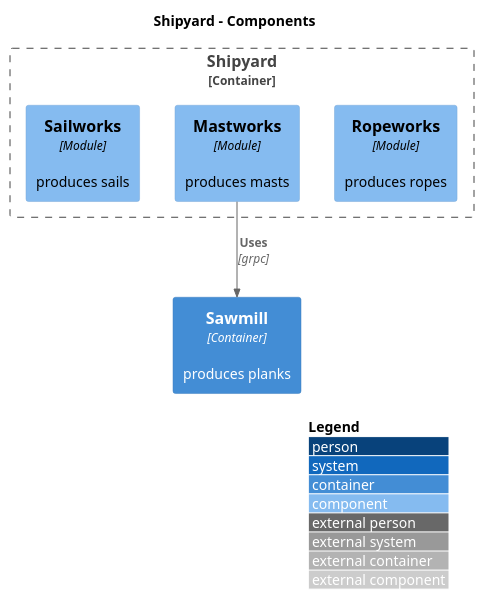
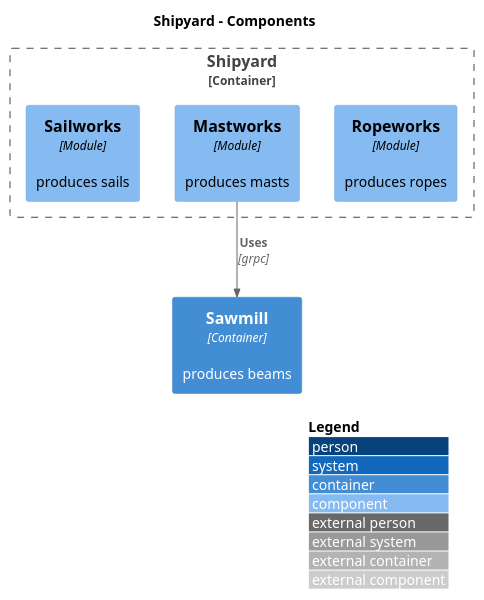
One commit to mateuszmidor/GoStudy changed the diagram in modular-monolith/docs/C4_Component.puml. Above: the diagram before and after it, drawn with PlantUML. The commit also changed 11 other files, not shown here.

Commit message:
sawmill now produces beams, required for masts

```diff
--- a/modular-monolith/docs/C4_Component.puml
+++ b/modular-monolith/docs/C4_Component.puml
@@ -1,15 +1,15 @@
 @startuml
 !include https://raw.githubusercontent.com/plantuml-stdlib/C4-PlantUML/master/C4_Component.puml
 
 LAYOUT_WITH_LEGEND()
 
 title Shipyard - Components
 
 Container_Boundary(shipyard, "Shipyard") {
     Component(ropeworks, "Ropeworks", "Module", "produces ropes")
     Component(mastworks, "Mastworks", "Module", "produces masts")
     Component(sailworks, "Sailworks", "Module", "produces sails")
 }
-Container(sawmill, "Sawmill", "Container", "produces planks")
+Container(sawmill, "Sawmill", "Container", "produces beams")
 Rel(mastworks, sawmill, "Uses", "grpc")
 @enduml
```
